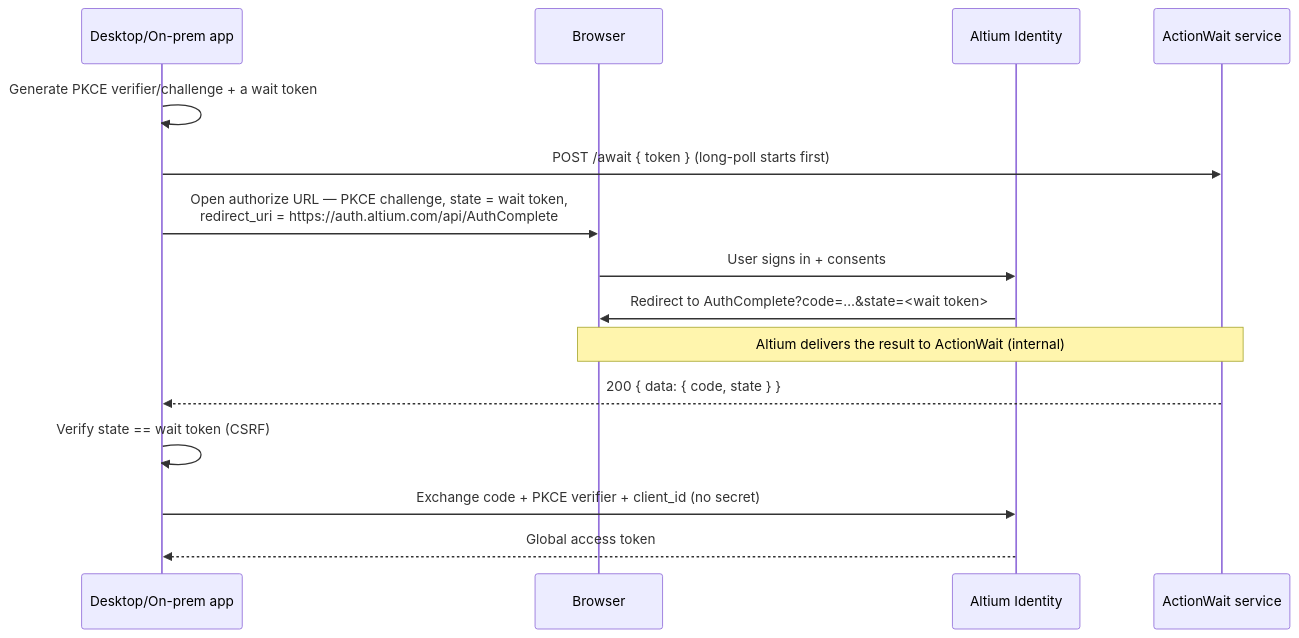
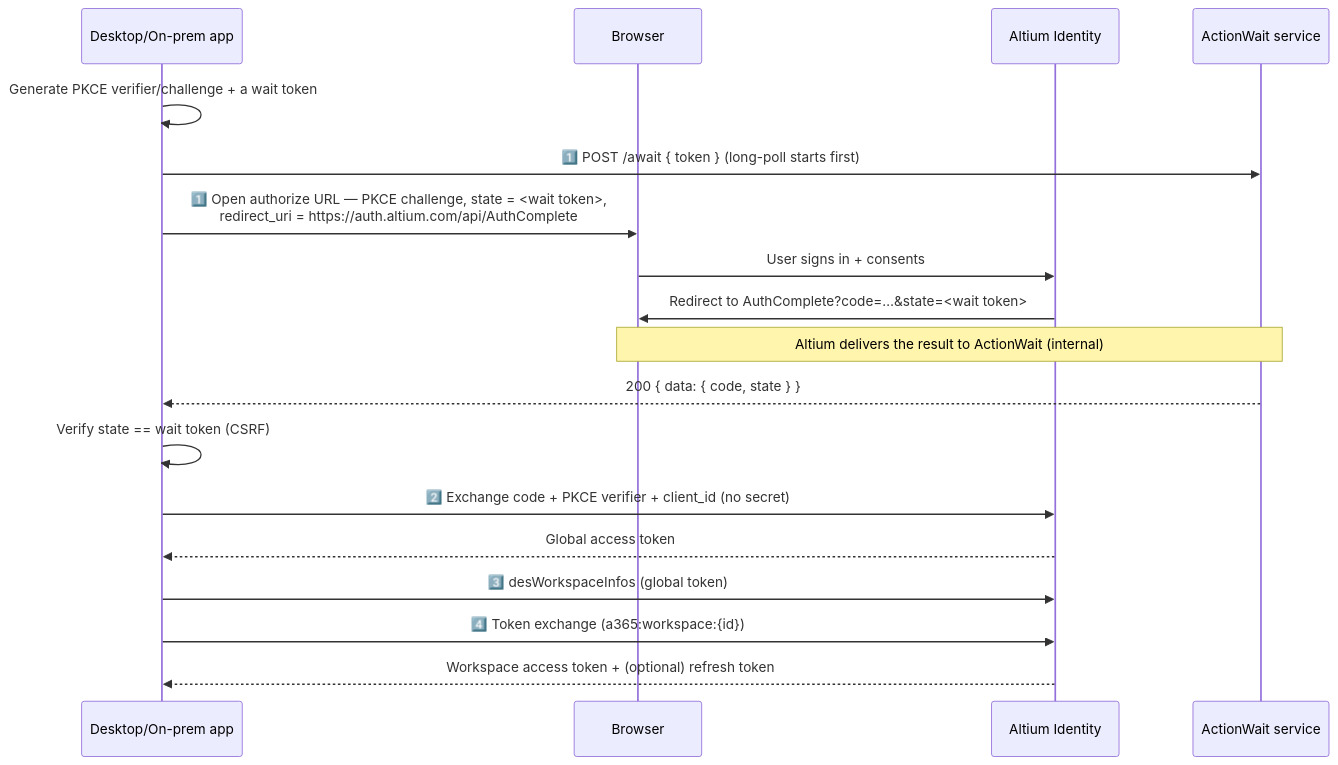
Before and after one commit to AltiumDeveloper/altium-auth: the diagram in docs/guides/desktop-and-onprem-apps.md, drawn with Mermaid. The commit also changed other lines of this file and 7 other files, not shown here.

````diff
--- a/docs/guides/desktop-and-onprem-apps.md
+++ b/docs/guides/desktop-and-onprem-apps.md
@@ -18,17 +11,20 @@
 ```mermaid
 sequenceDiagram
     participant App as Desktop/On-prem app
     participant Browser
     participant Identity as Altium Identity
     participant AW as ActionWait service
     App->>App: Generate PKCE verifier/challenge + a wait token
-    App->>AW: POST /await { token }  (long-poll starts first)
-    App->>Browser: Open authorize URL — PKCE challenge, state = wait token,<br/>redirect_uri = https://auth.altium.com/api/AuthComplete
+    App->>AW: 1️⃣ POST /await { token }  (long-poll starts first)
+    App->>Browser: 1️⃣ Open authorize URL — PKCE challenge, state = <wait token>,<br/>redirect_uri = https://auth.altium.com/api/AuthComplete
     Browser->>Identity: User signs in + consents
     Identity->>Browser: Redirect to AuthComplete?code=…&state=<wait token>
     Note over Browser,AW: Altium delivers the result to ActionWait (internal)
     AW-->>App: 200 { data: { code, state } }
     App->>App: Verify state == wait token (CSRF)
-    App->>Identity: Exchange code + PKCE verifier + client_id (no secret)
+    App->>Identity: 2️⃣ Exchange code + PKCE verifier + client_id (no secret)
     Identity-->>App: Global access token
+    App->>Identity: 3️⃣ desWorkspaceInfos (global token)
+    App->>Identity: 4️⃣ Token exchange (a365:workspace:{id})
+    Identity-->>App: Workspace access token + (optional) refresh token
 ```
````
